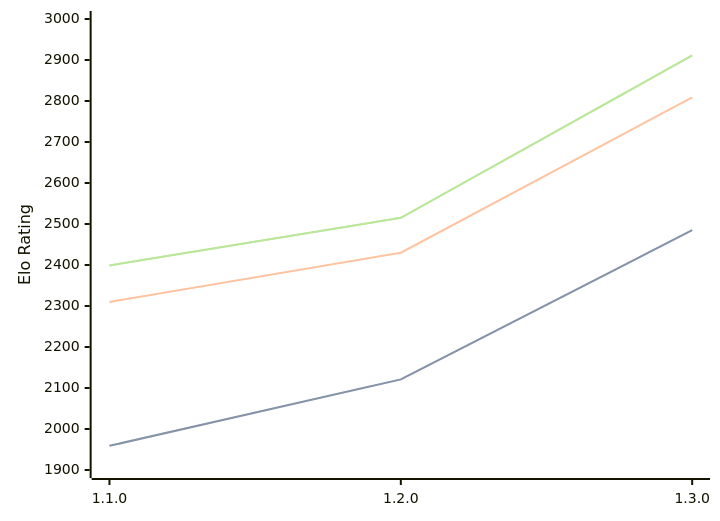
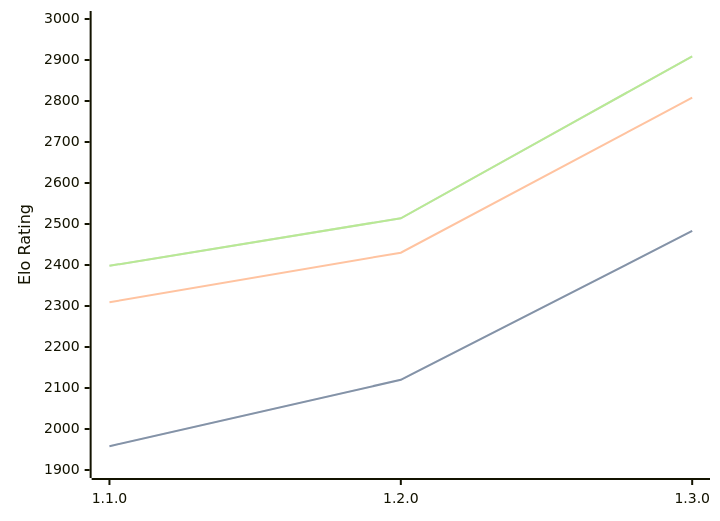
The diagram in engines/Gyatso.md (computer-chess-index/cci), drawn with Mermaid before and after one commit. The commit also changed other lines of this file, not shown here.

Commit message:
Update CCI Ratings (ELO VLTC) - 2026-06-07

````diff
--- a/engines/Gyatso.md
+++ b/engines/Gyatso.md
@@ -34,11 +35,11 @@
 ```mermaid
 %%{init: {"theme":"base","themeVariables":{"seriesColors:['#a3a3a3','#222221','#faa371']}}}%%
 xychart-beta
   x-axis ["1.1.0", "1.2.0", "1.3.0"]
   y-axis "Elo Rating" 1900 --> 3000
-  line "STC (8.0+0.08s)" [1959, 2121, 2485]
-  line "STC (8.0+0.08s)" [1959, 2121, 2485]
-  line "LTC (60.0+0.60s)" [2310, 2430, 2809]
-  line "VLTC (2m24s+1.12s)" [2399, 2515, 2911]
-  line "VLTC (2m24s+1.12s)" [2399, 2515, 2911]
+  line "STC (8.0+0.08s)" [1958, 2120, 2483]
+  line "STC (8.0+0.08s)" [1958, 2120, 2483]
+  line "LTC (60.0+0.60s)" [2309, 2430, 2808]
+  line "VLTC (2m24s+1.12s)" [2398, 2514, 2909]
+  line "VLTC (2m24s+1.12s)" [2398, 2514, 2909]
 ```
````
